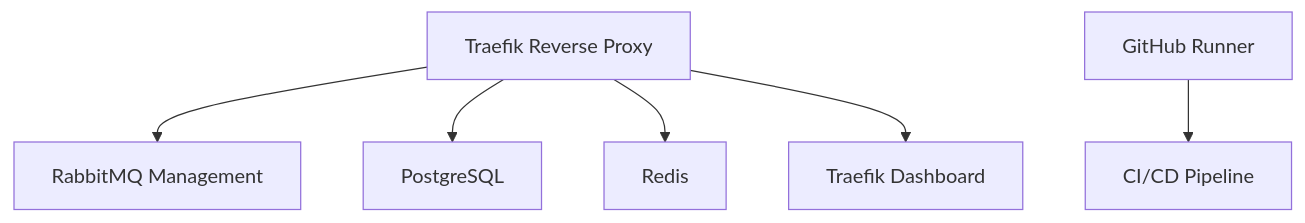
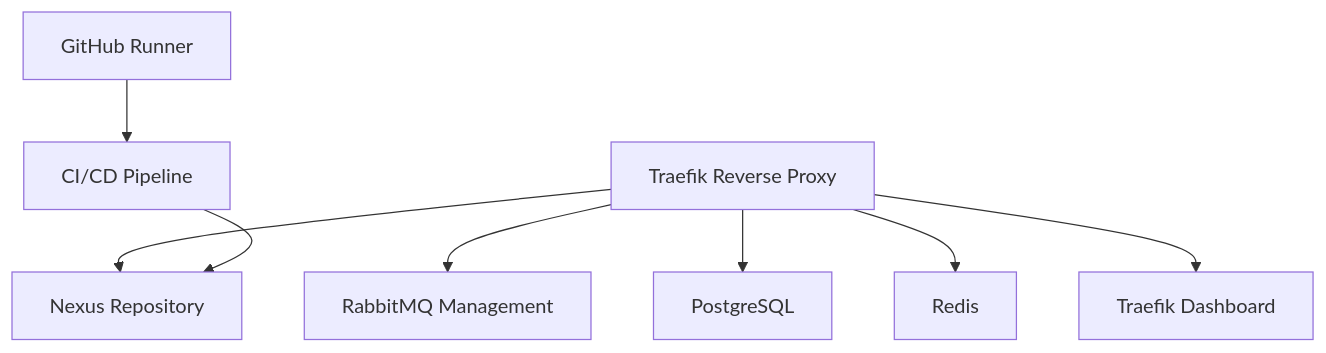
Before and after one commit to dolorestec/dolorestec-cluster: the diagram in README.md, drawn with Mermaid. The commit also changed other lines of this file and 2 other files, not shown here.

````diff
--- a/README.md
+++ b/README.md
@@ -45,9 +87,11 @@
 ```mermaid
 graph TB
    A[Traefik Reverse Proxy] --> B[RabbitMQ Management]
    A --> C[PostgreSQL]
    A --> D[Redis]
+   A --> E[Nexus Repository]
    A --> F[Traefik Dashboard]
 
     K[GitHub Runner] --> L[CI/CD Pipeline]
+    L --> E
 ```
````
